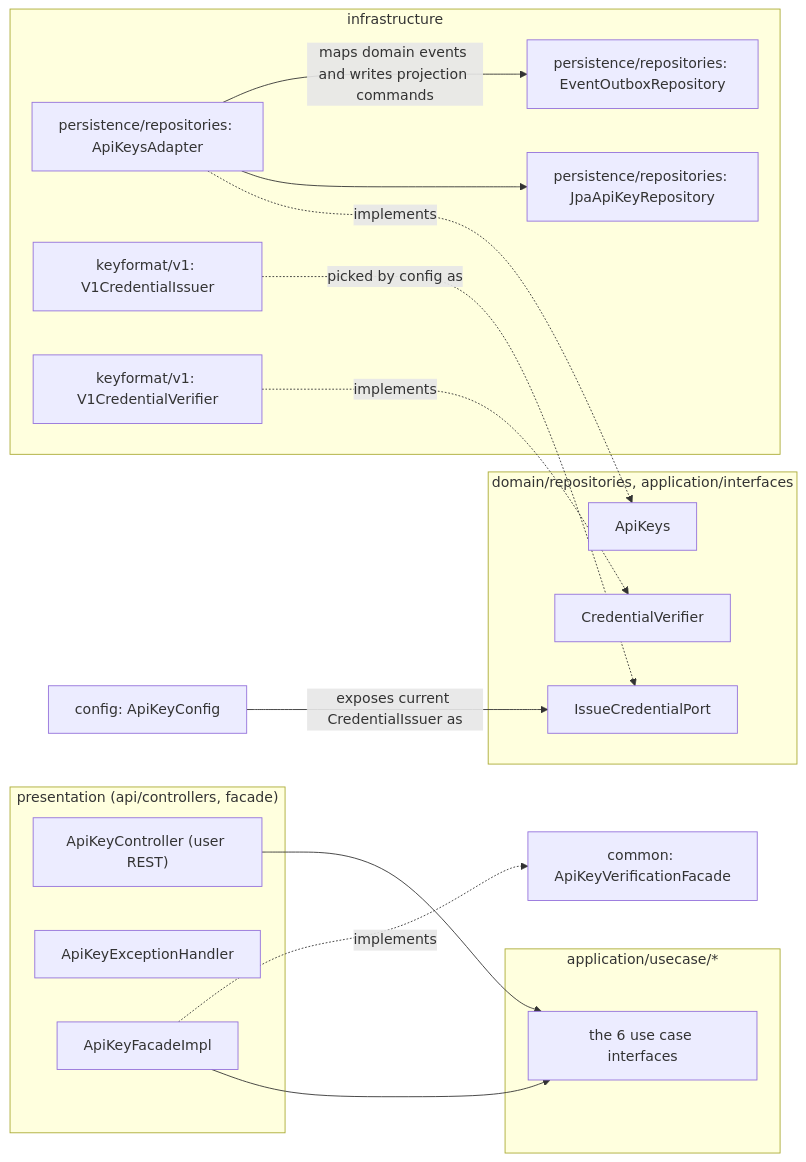
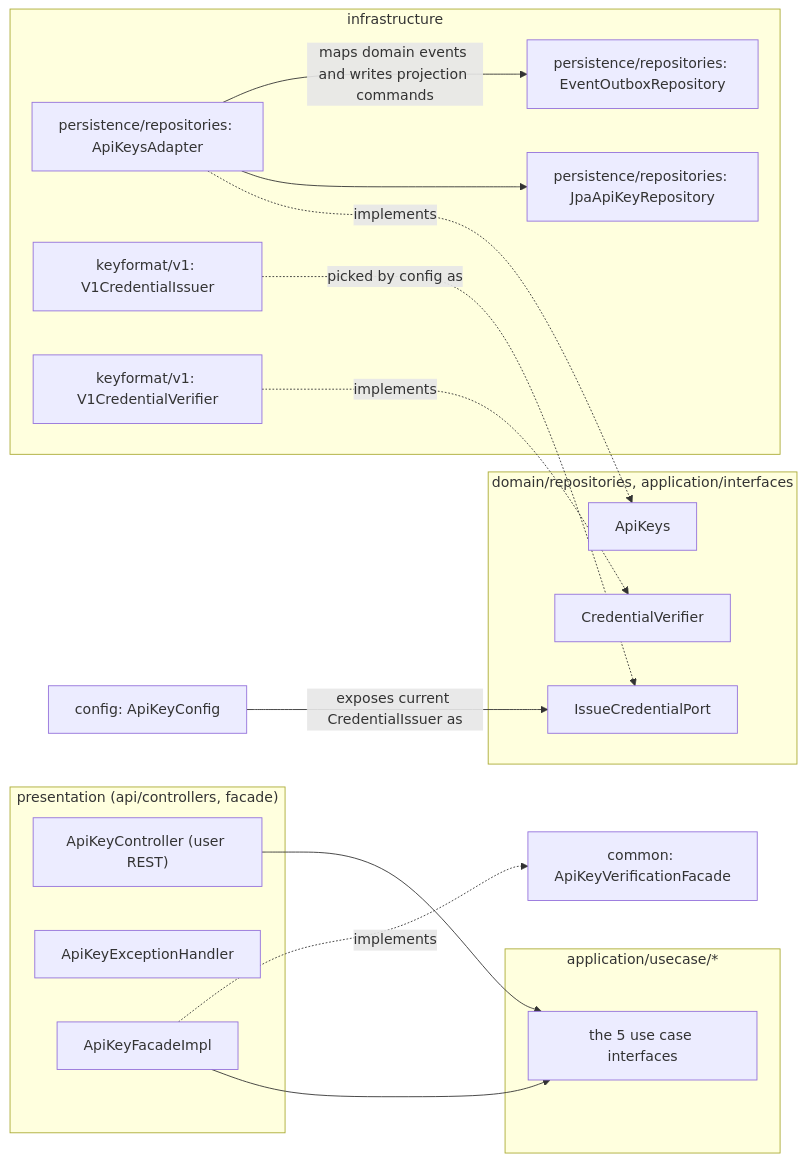
One commit to Dhiren9939/HQ-Tier0 changed the fifth of 14 diagrams in docs/access-context.md. Above: the diagram before and after it, drawn with Mermaid. The commit also changed other lines of this file and 30 other files, not shown here.

````diff
--- a/docs/access-context.md
+++ b/docs/access-context.md
@@ -567,35 +549,35 @@
 ```mermaid
 flowchart LR
     subgraph adapterin["presentation (api/controllers, facade)"]
         Ctl["ApiKeyController (user REST)"]
         Adv["ApiKeyExceptionHandler"]
         FacadeImpl["ApiKeyFacadeImpl"]
     end
     subgraph portin["application/usecase/*"]
-        UCs["the 6 use case interfaces"]
+        UCs["the 5 use case interfaces"]
     end
     subgraph portout["domain/repositories, application/interfaces"]
         ApiKeysP["ApiKeys"]
         IssueCredP["IssueCredentialPort"]
         VerifierP["CredentialVerifier"]
     end
     subgraph adapterout["infrastructure"]
         ApiKeysAdapter["persistence/repositories: ApiKeysAdapter"]
         JpaRepo["persistence/repositories: JpaApiKeyRepository"]
         OutboxRepo["persistence/repositories: EventOutboxRepository"]
         Issuer["keyformat/v1: V1CredentialIssuer"]
         V1Verifier["keyformat/v1: V1CredentialVerifier"]
     end
     Facade["common: ApiKeyVerificationFacade"]
     Cfg["config: ApiKeyConfig"]
 
     Ctl --> UCs
     FacadeImpl --> UCs
     FacadeImpl -.->|implements| Facade
     ApiKeysAdapter -.->|implements| ApiKeysP
     Issuer -.->|picked by config as| IssueCredP
     V1Verifier -.->|implements| VerifierP
     ApiKeysAdapter --> JpaRepo
     ApiKeysAdapter -->|maps domain events and writes projection commands| OutboxRepo
     Cfg -->|exposes current CredentialIssuer as| IssueCredP
 ```
````
